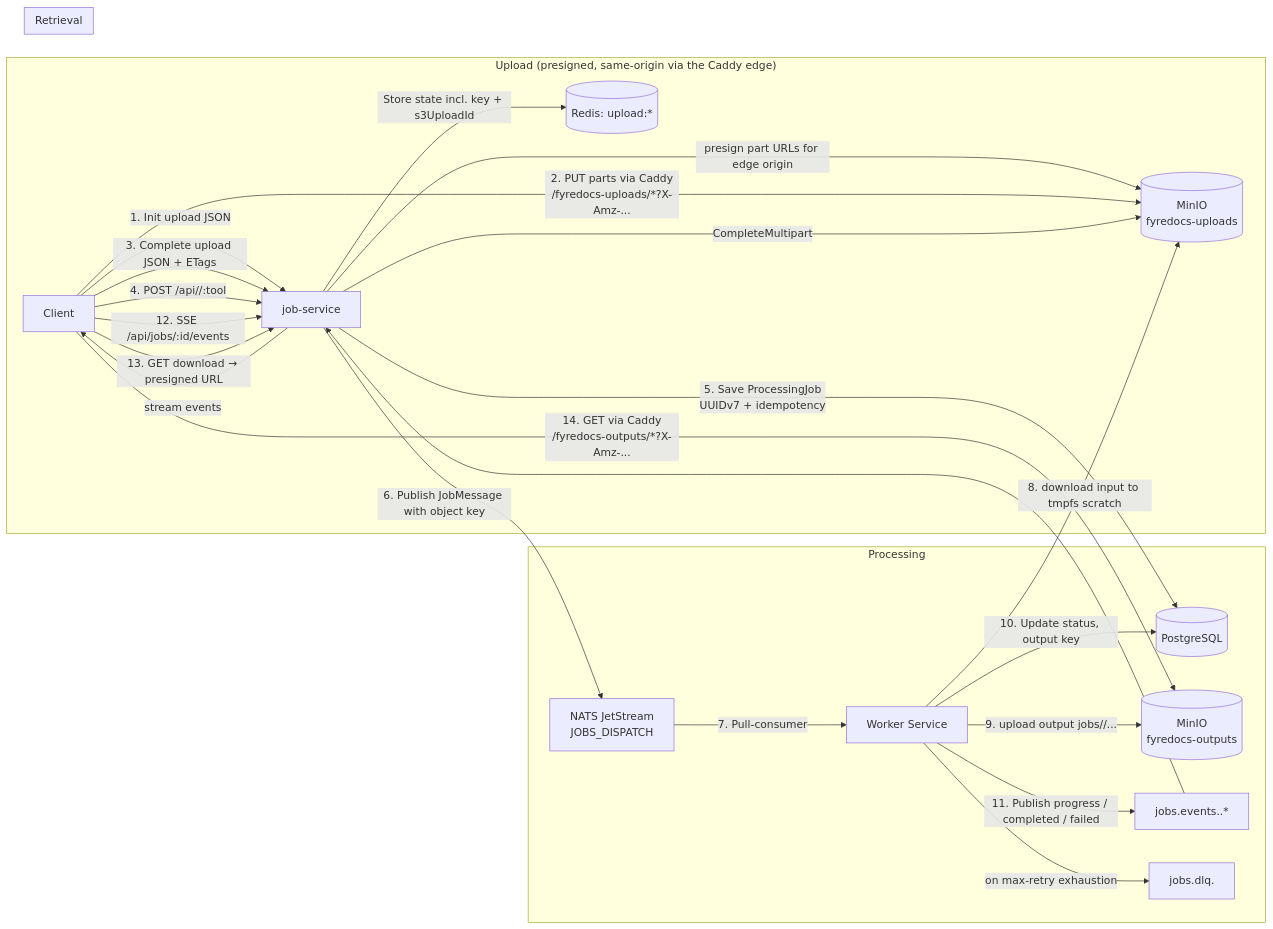
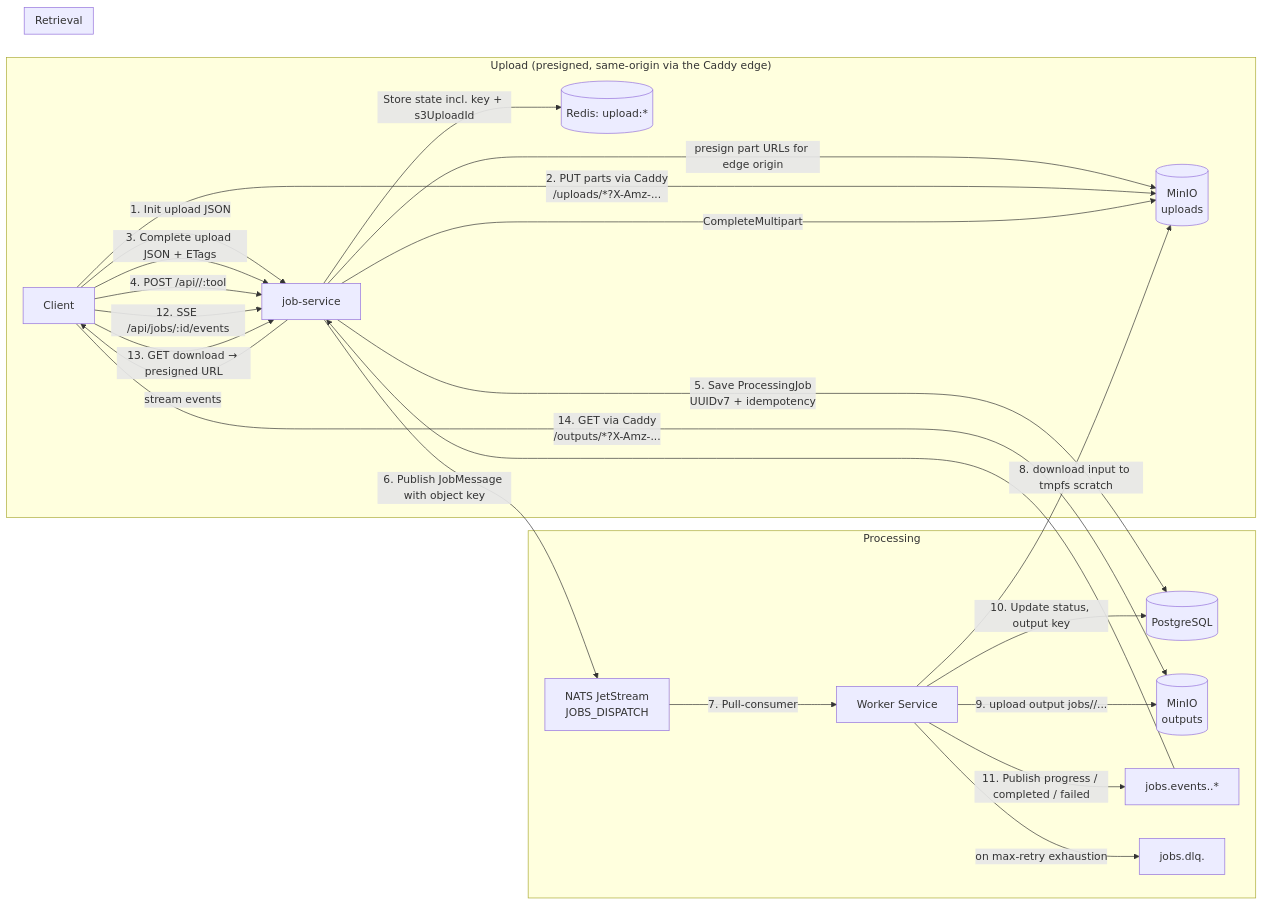
The second of 5 diagrams in docs/developer/mermaid/system-overview.md (Prachidubey2003/fyredocs_backend), drawn with Mermaid before and after one commit. The commit also changed other lines of this file and 28 other files, not shown here.

````diff
--- a/docs/developer/mermaid/system-overview.md
+++ b/docs/developer/mermaid/system-overview.md
@@ -122,31 +122,31 @@
 ```mermaid
 flowchart LR
     subgraph Upload["Upload (presigned, same-origin via the Caddy edge)"]
         A[Client] -->|1. Init upload JSON| B[job-service]
         B -->|Store state incl. key + s3UploadId| Redis[(Redis: upload:*)]
-        B -->|presign part URLs for edge origin| S3[("MinIO<br/>fyredocs-uploads")]
-        A -->|"2. PUT parts via Caddy<br/>/fyredocs-uploads/*?X-Amz-..."| S3
+        B -->|presign part URLs for edge origin| S3[("MinIO<br/>uploads")]
+        A -->|"2. PUT parts via Caddy<br/>/uploads/*?X-Amz-..."| S3
         A -->|3. Complete upload JSON + ETags| B
         B -->|CompleteMultipart| S3
     end
 
     subgraph Processing
         A -->|4. POST /api/<group>/:tool| B
         B -->|5. Save ProcessingJob<br/>UUIDv7 + idempotency| PG[(PostgreSQL)]
         B -->|6. Publish JobMessage with object key| NATS["NATS JetStream<br/>JOBS_DISPATCH"]
         NATS -->|7. Pull-consumer| W["Worker Service"]
         W -->|8. download input to tmpfs scratch| S3
-        W -->|9. upload output jobs/<jobId>/...| S3O[("MinIO<br/>fyredocs-outputs")]
+        W -->|9. upload output jobs/<jobId>/...| S3O[("MinIO<br/>outputs")]
         W -->|10. Update status, output key| PG
         W -->|11. Publish progress / completed / failed| EV["jobs.events.<jobId>.*"]
         W -->|on max-retry exhaustion| DLQ["jobs.dlq.<service>"]
     end
 
     subgraph Retrieval
         A -->|12. SSE /api/jobs/:id/events| B
         EV --> B
         B -->|stream events| A
         A -->|13. GET download → presigned URL| B
-        A -->|"14. GET via Caddy<br/>/fyredocs-outputs/*?X-Amz-..."| S3O
+        A -->|"14. GET via Caddy<br/>/outputs/*?X-Amz-..."| S3O
     end
 ```
````
